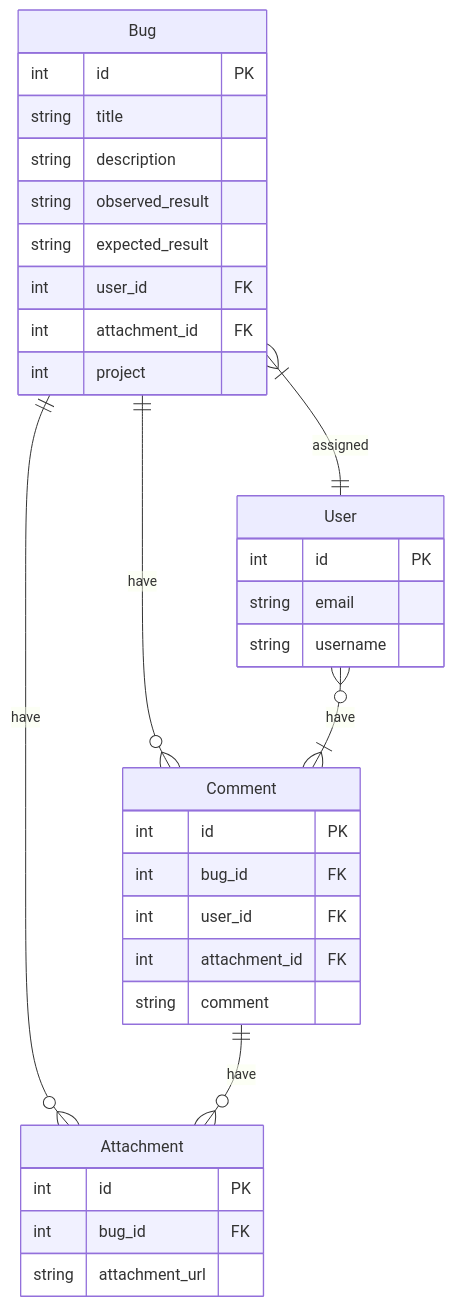
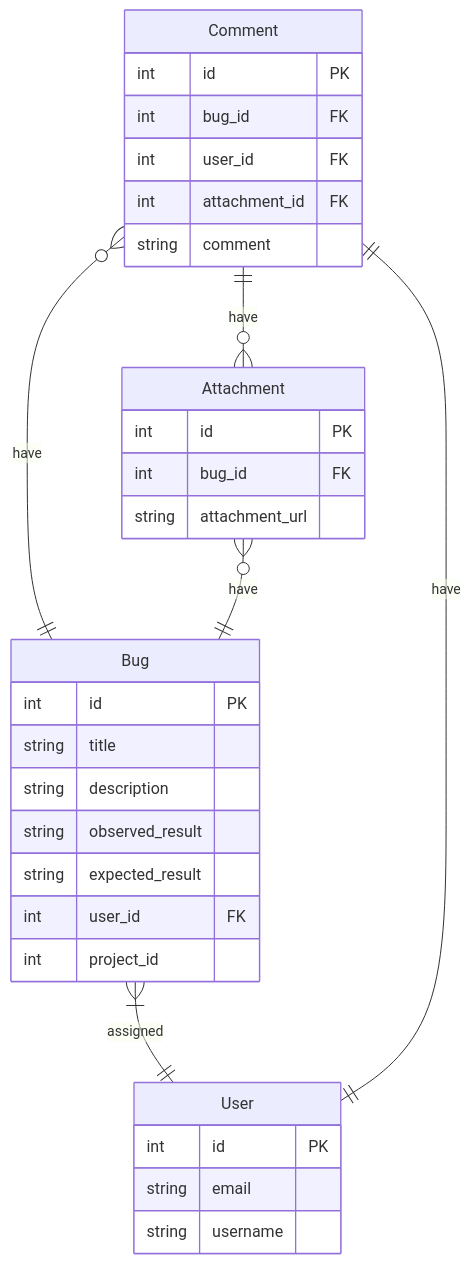
The diagram in _nocode/docs/entity_relationship.md (itishrishikesh/pareshaan), drawn with Mermaid before and after one commit. The commit also changed other lines of this file and 14 other files, not shown here.

````diff
--- a/_nocode/docs/entity_relationship.md
+++ b/_nocode/docs/entity_relationship.md
@@ -8,35 +8,34 @@
 ```mermaid
 erDiagram
     User {
         int id PK
         string email
         string username
     }
     Bug {
         int id PK
         string title
         string description
         string observed_result
         string expected_result
         int user_id FK
-        int attachment_id FK
-        int project
+        int project_id
     }
     Comment {
         int id PK
         int bug_id FK
         int user_id FK
         int attachment_id FK
         string comment
     }
     Attachment {
         int id PK
         int bug_id FK
         string attachment_url
     }
     Bug |{--|| User : "assigned"
-    Bug ||--}o Comment : "have"
-    Bug ||--}o Attachment : "have"
-    User o{--}| Comment : "have"
+    Comment o{--|| Bug : "have"
+    Attachment o{--|| Bug : "have"
+    Comment ||--|| User : "have"
     Comment ||--}o Attachment : "have"
 ```
````
